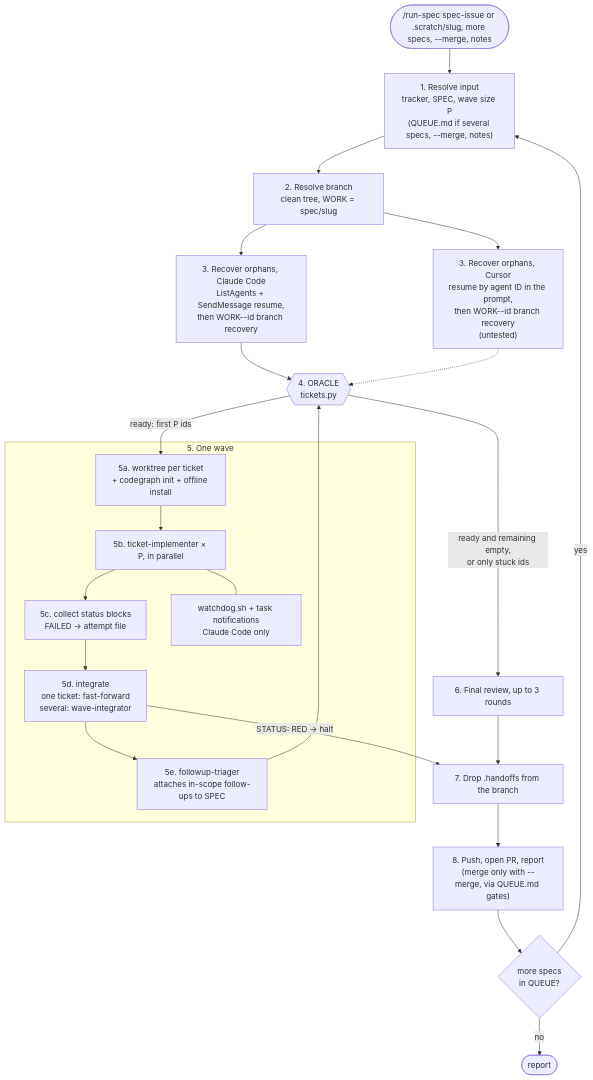
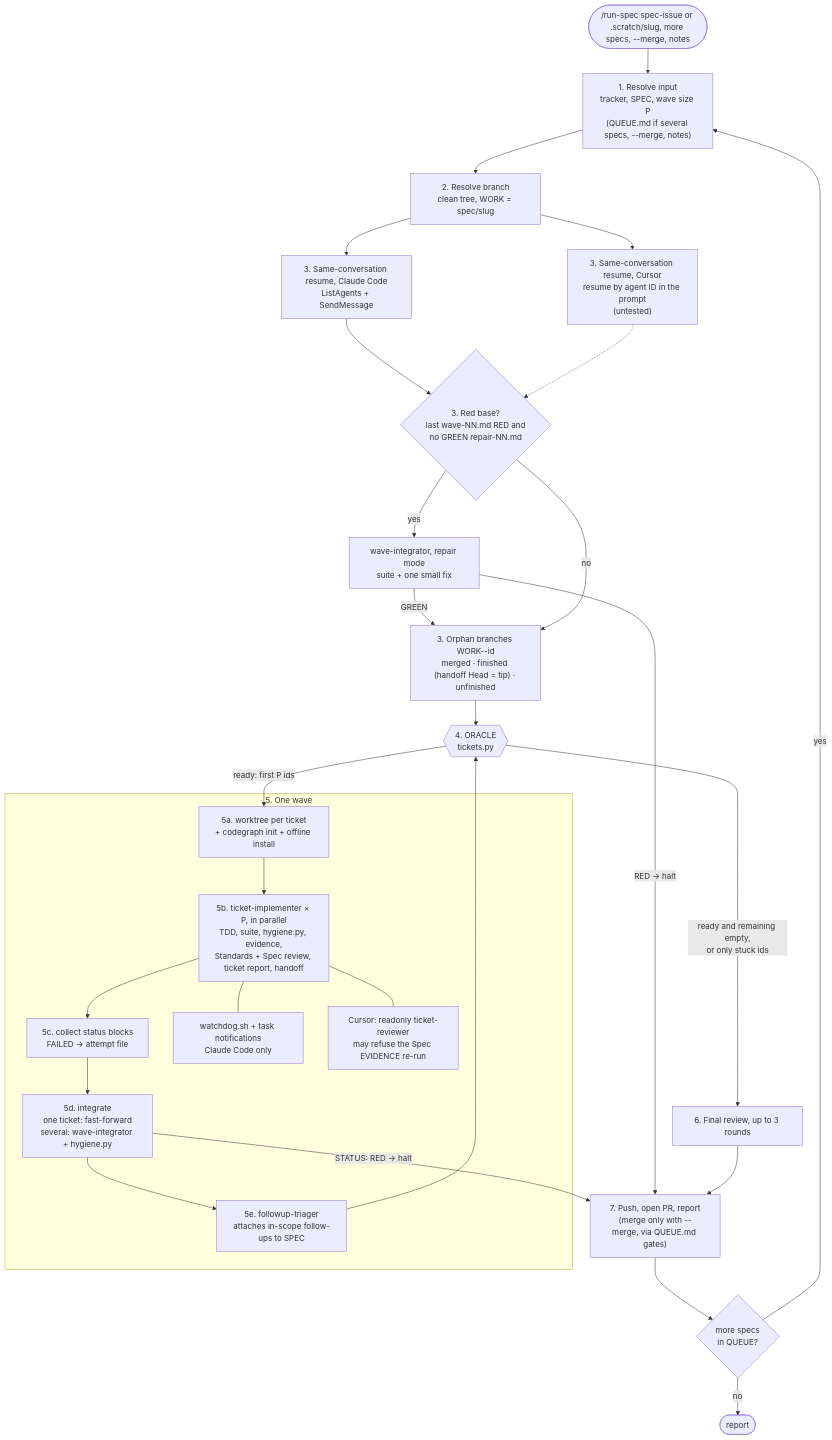
The first of 2 diagrams in ai/skills/run-spec/README.md (rodrigorjsf/ai-study-library), drawn with Mermaid before and after one commit. The commit also changed other lines of this file and 18 other files, not shown here.

First line of the commit message:
feat(run-spec): acceptance axis, hygiene gate, ticket report, handoffs in STATE

````diff
--- a/ai/skills/run-spec/README.md
+++ b/ai/skills/run-spec/README.md
@@ -9,27 +9,33 @@
 ```mermaid
 flowchart TB
     IN(["/run-spec spec-issue or .scratch/slug, more specs, --merge, notes"]) --> S1
     S1["1. Resolve input<br/>tracker, SPEC, wave size P<br/>(QUEUE.md if several specs, --merge, notes)"] --> S2
     S2["2. Resolve branch<br/>clean tree, WORK = spec/slug"] --> S3CC
     S2 --> S3CU
-    S3CC["3. Recover orphans, Claude Code<br/>ListAgents + SendMessage resume,<br/>then WORK--id branch recovery"] --> S4
-    S3CU["3. Recover orphans, Cursor<br/>resume by agent ID in the prompt,<br/>then WORK--id branch recovery<br/>(untested)"] -.-> S4
+    S3CC["3. Same-conversation resume, Claude Code<br/>ListAgents + SendMessage"] --> RB
+    S3CU["3. Same-conversation resume, Cursor<br/>resume by agent ID in the prompt<br/>(untested)"] -.-> RB
+    RB{"3. Red base?<br/>last wave-NN.md RED and<br/>no GREEN repair-NN.md"}
+    RB -- yes --> REP["wave-integrator, repair mode<br/>suite + one small fix"]
+    REP -- "GREEN" --> ORPH
+    REP -- "RED → halt" --> S7
+    RB -- no --> ORPH["3. Orphan branches WORK--id<br/>merged · finished (handoff Head = tip) · unfinished"]
+    ORPH --> S4
     S4{{"4. ORACLE<br/>tickets.py"}}
     S4 -- "ready: first P ids" --> S5A
     S4 -- "ready and remaining empty,<br/>or only stuck ids" --> S6
     subgraph WAVE ["5. One wave"]
         S5A["5a. worktree per ticket<br/>+ codegraph init + offline install"] --> S5B
-        S5B["5b. ticket-implementer × P, in parallel"] --> S5C
+        S5B["5b. ticket-implementer × P, in parallel<br/>TDD, suite, hygiene.py, evidence,<br/>Standards + Spec review, ticket report, handoff"] --> S5C
         S5B --- WD["watchdog.sh + task notifications<br/>Claude Code only"]
+        S5B --- RO["Cursor: readonly ticket-reviewer<br/>may refuse the Spec EVIDENCE re-run"]
         S5C["5c. collect status blocks<br/>FAILED → attempt file"] --> S5D
-        S5D["5d. integrate<br/>one ticket: fast-forward<br/>several: wave-integrator"] --> S5E
+        S5D["5d. integrate<br/>one ticket: fast-forward<br/>several: wave-integrator + hygiene.py"] --> S5E
         S5E["5e. followup-triager<br/>attaches in-scope follow-ups to SPEC"]
     end
     S5E --> S4
     S5D -- "STATUS: RED → halt" --> S7
     S6["6. Final review, up to 3 rounds"] --> S7
-    S7["7. Drop .handoffs from the branch"] --> S8
-    S8["8. Push, open PR, report<br/>(merge only with --merge, via QUEUE.md gates)"] --> Q{more specs<br/>in QUEUE?}
+    S7["7. Push, open PR, report<br/>(merge only with --merge, via QUEUE.md gates)"] --> Q{more specs<br/>in QUEUE?}
     Q -- yes --> S1
     Q -- no --> END([report])
 ```
````
